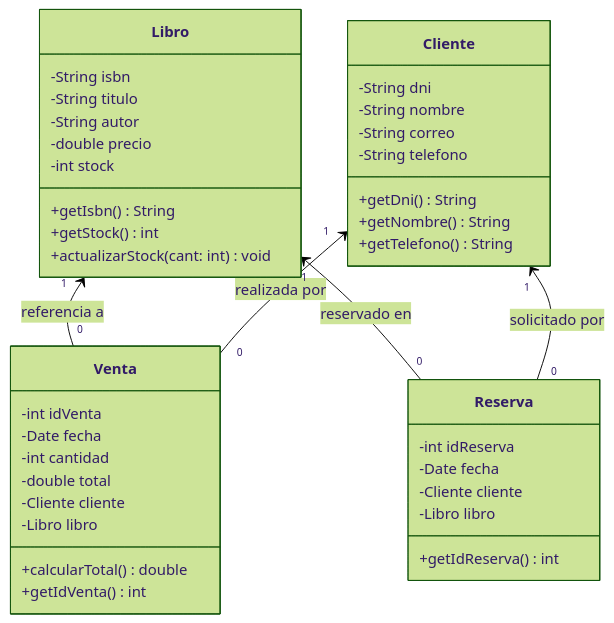
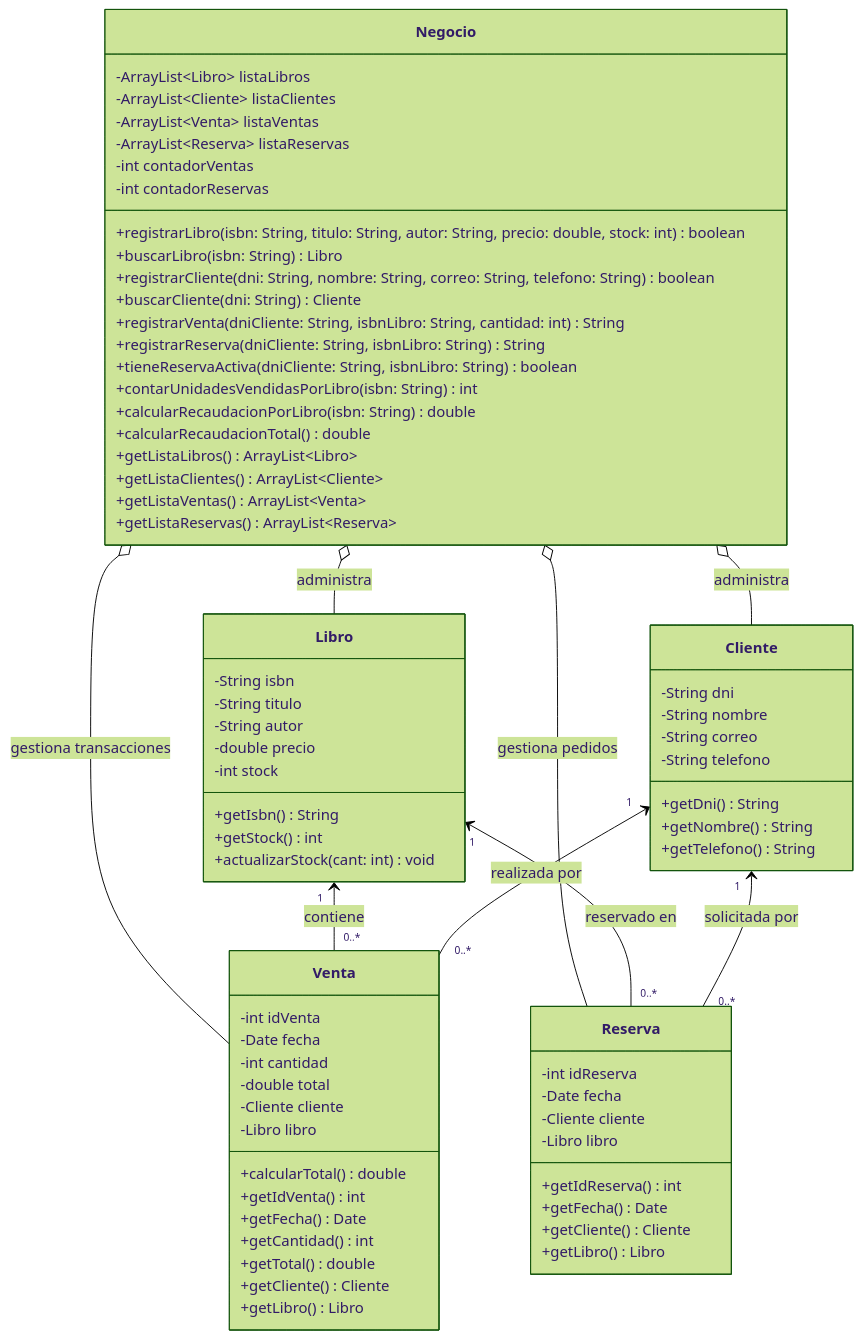
The diagram in README.md (LibiaVMedina-dev/T1_LibreriaAcademica-PageTurner), drawn with Mermaid (forest theme) before and after one commit. The commit also changed other lines of this file, not shown here.

````diff
--- a/README.md
+++ b/README.md
@@ -50,5 +56,28 @@
 ```mermaid
 classDiagram
+    class Negocio {
+        -ArrayList~Libro~ listaLibros
+        -ArrayList~Cliente~ listaClientes
+        -ArrayList~Venta~ listaVentas
+        -ArrayList~Reserva~ listaReservas
+        -int contadorVentas
+        -int contadorReservas
+        +registrarLibro(isbn: String, titulo: String, autor: String, precio: double, stock: int) boolean
+        +buscarLibro(isbn: String) Libro
+        +registrarCliente(dni: String, nombre: String, correo: String, telefono: String) boolean
+        +buscarCliente(dni: String) Cliente
+        +registrarVenta(dniCliente: String, isbnLibro: String, cantidad: int) String
+        +registrarReserva(dniCliente: String, isbnLibro: String) String
+        +tieneReservaActiva(dniCliente: String, isbnLibro: String) boolean
+        +contarUnidadesVendidasPorLibro(isbn: String) int
+        +calcularRecaudacionPorLibro(isbn: String) double
+        +calcularRecaudacionTotal() double
+        +getListaLibros() ArrayList~Libro~
+        +getListaClientes() ArrayList~Cliente~
+        +getListaVentas() ArrayList~Venta~
+        +getListaReservas() ArrayList~Reserva~
+    }
+
     class Libro {
         -String isbn
         -String titulo
@@ -79,6 +108,11 @@
         -Libro libro
         +calcularTotal() double
         +getIdVenta() int
+        +getFecha() Date
+        +getCantidad() int
+        +getTotal() double
+        +getCliente() Cliente
+        +getLibro() Libro
     }
 
     class Reserva {
@@ -87,10 +121,18 @@
         -Cliente cliente
         -Libro libro
         +getIdReserva() int
+        +getFecha() Date
+        +getCliente() Cliente
+        +getLibro() Libro
     }
 
-    Libro "1" <-- "0" Venta : referencia a
-    Cliente "1" <-- "0" Venta : realizada por
-    Libro "1" <-- "0" Reserva : reservado en
-    Cliente "1" <-- "0" Reserva : solicitado por
+    Negocio o-- Libro : administra
+    Negocio o-- Cliente : administra
+    Negocio o-- Venta : gestiona transacciones
+    Negocio o-- Reserva : gestiona pedidos
+
+    Libro "1" <-- "0..*" Venta : contiene
+    Cliente "1" <-- "0..*" Venta : realizada por
+    Libro "1" <-- "0..*" Reserva : reservado en
+    Cliente "1" <-- "0..*" Reserva : solicitada por
 ```
````
